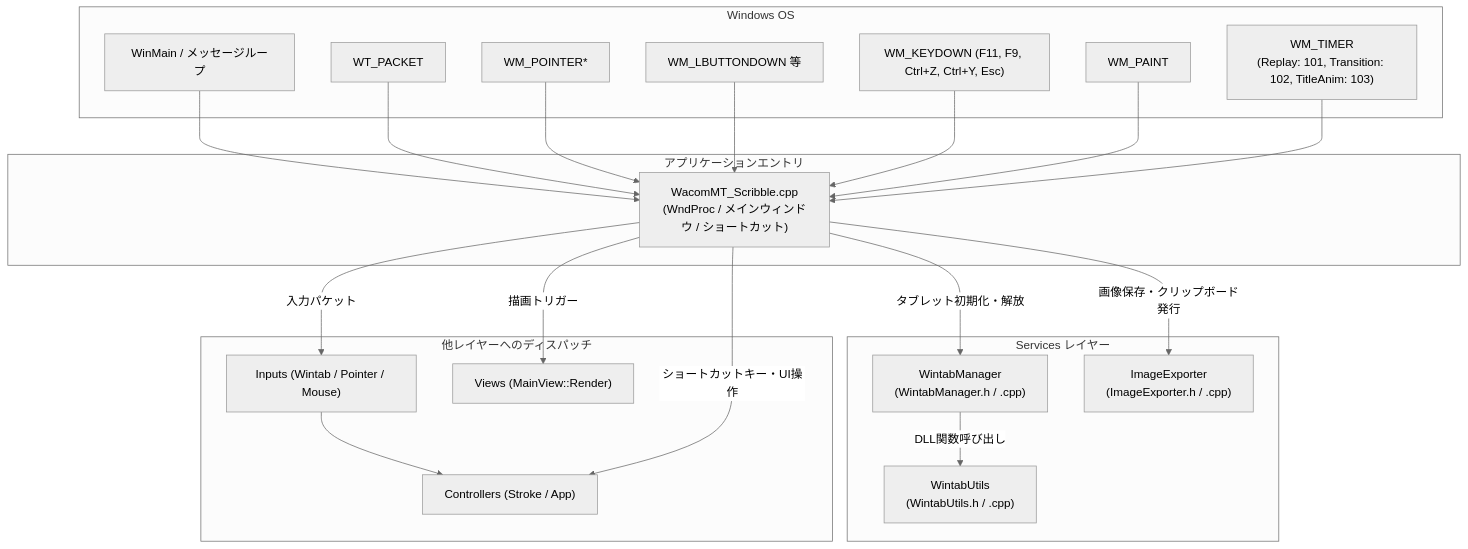
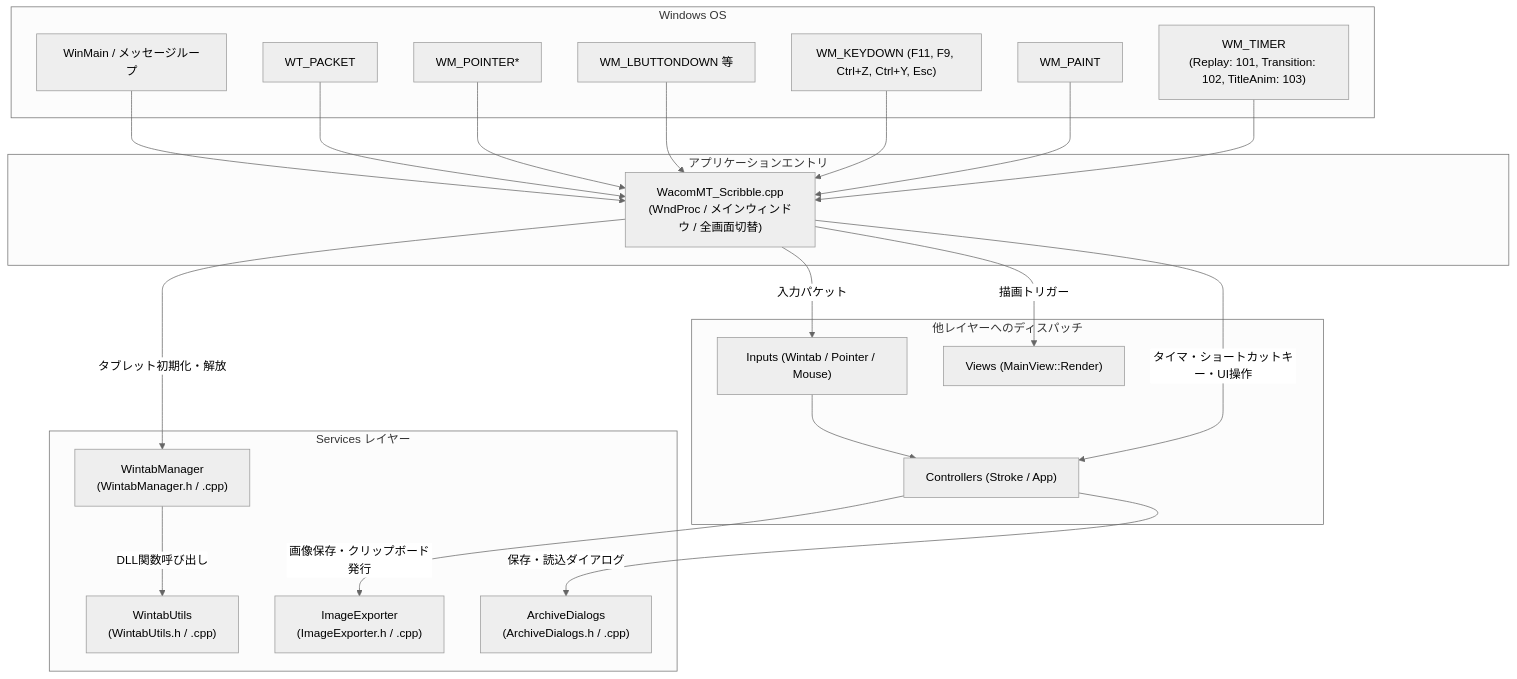
Before and after one commit to OkuboKazuki/Fude_Sense: the diagram in learn/services_and_entry.md, drawn with Mermaid (neutral theme). The commit also changed other lines of this file and 6 other files, not shown here.

````diff
--- a/learn/services_and_entry.md
+++ b/learn/services_and_entry.md
@@ -11,45 +11,47 @@
 ```mermaid
 graph TD
     subgraph OS ["Windows OS"]
         WinMain["WinMain / メッセージループ"]
         MsgWT["WT_PACKET"]
         MsgPtr["WM_POINTER*"]
         MsgMouse["WM_LBUTTONDOWN 等"]
         MsgKey["WM_KEYDOWN (F11, F9, Ctrl+Z, Ctrl+Y, Esc)"]
         MsgPaint["WM_PAINT"]
         MsgTimer["WM_TIMER<br>(Replay: 101, Transition: 102, TitleAnim: 103)"]
     end
 
     subgraph EntryLayer ["アプリケーションエントリ"]
-        MainApp["WacomMT_Scribble.cpp<br>(WndProc / メインウィンドウ / ショートカット)"]
+        MainApp["WacomMT_Scribble.cpp<br>(WndProc / メインウィンドウ / 全画面切替)"]
     end
 
     subgraph ServiceLayer ["Services レイヤー"]
         WM["WintabManager<br>(WintabManager.h / .cpp)"]
         WU["WintabUtils<br>(WintabUtils.h / .cpp)"]
         IE["ImageExporter<br>(ImageExporter.h / .cpp)"]
+        AD["ArchiveDialogs<br>(ArchiveDialogs.h / .cpp)"]
     end
 
     subgraph OtherLayers ["他レイヤーへのディスパッチ"]
         Adapters["Inputs (Wintab / Pointer / Mouse)"]
         Controllers["Controllers (Stroke / App)"]
         Views["Views (MainView::Render)"]
     end
 
     WinMain --> MainApp
     MsgWT --> MainApp
     MsgPtr --> MainApp
     MsgMouse --> MainApp
     MsgKey --> MainApp
     MsgPaint --> MainApp
     MsgTimer --> MainApp
 
     MainApp -->|タブレット初期化・解放| WM
     WM -->|DLL関数呼び出し| WU
-    MainApp -->|画像保存・クリップボード発行| IE
 
     MainApp -->|入力パケット| Adapters
     Adapters --> Controllers
-    MainApp -->|ショートカットキー・UI操作| Controllers
+    MainApp -->|タイマ・ショートカットキー・UI操作| Controllers
+    Controllers -->|画像保存・クリップボード発行| IE
+    Controllers -->|保存・読込ダイアログ| AD
     MainApp -->|描画トリガー| Views
 ```
````
